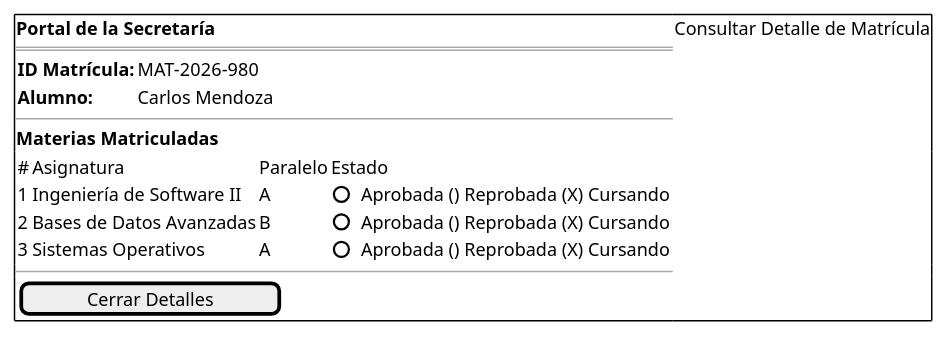
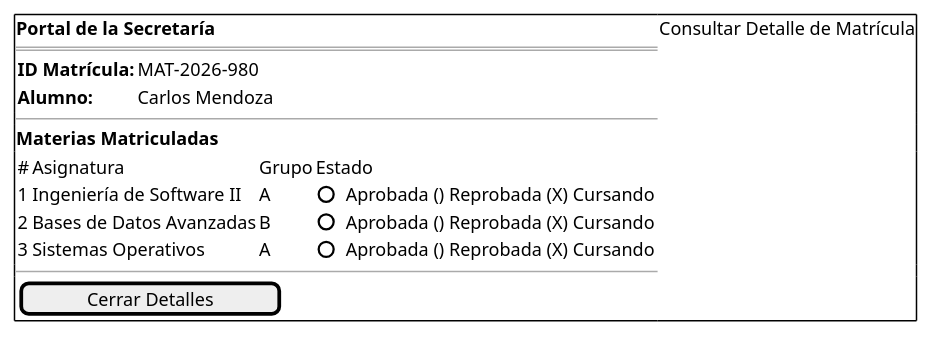
One commit to enmabry/25-26-IdSw1-SdR changed the diagram in documents/CasosDeUso/Prototipos/Secretaria/consultarDetalleMatricula.puml. Above: the diagram before and after it, drawn with PlantUML. The commit also changed 1 other file, not shown here.

```diff
--- a/documents/CasosDeUso/Prototipos/Secretaria/consultarDetalleMatricula.puml
+++ b/documents/CasosDeUso/Prototipos/Secretaria/consultarDetalleMatricula.puml
@@ -1,22 +1,22 @@
 @startsalt
 {+
   <b>Portal de la Secretaría | Consultar Detalle de Matrícula
   ==
   {
     <b>ID Matrícula: | MAT-2026-980
     <b>Alumno: | Carlos Mendoza
   }
   --
   <b>Materias Matriculadas
   {
-    # | Asignatura | Paralelo | Estado
+    # | Asignatura | Grupo | Estado
     1 | Ingeniería de Software II | A | () Aprobada () Reprobada (X) Cursando
     2 | Bases de Datos Avanzadas | B | () Aprobada () Reprobada (X) Cursando
     3 | Sistemas Operativos | A | () Aprobada () Reprobada (X) Cursando
   }
   --
   {
     [   Cerrar Detalles   ]
   }
 }
 @endsalt
```
